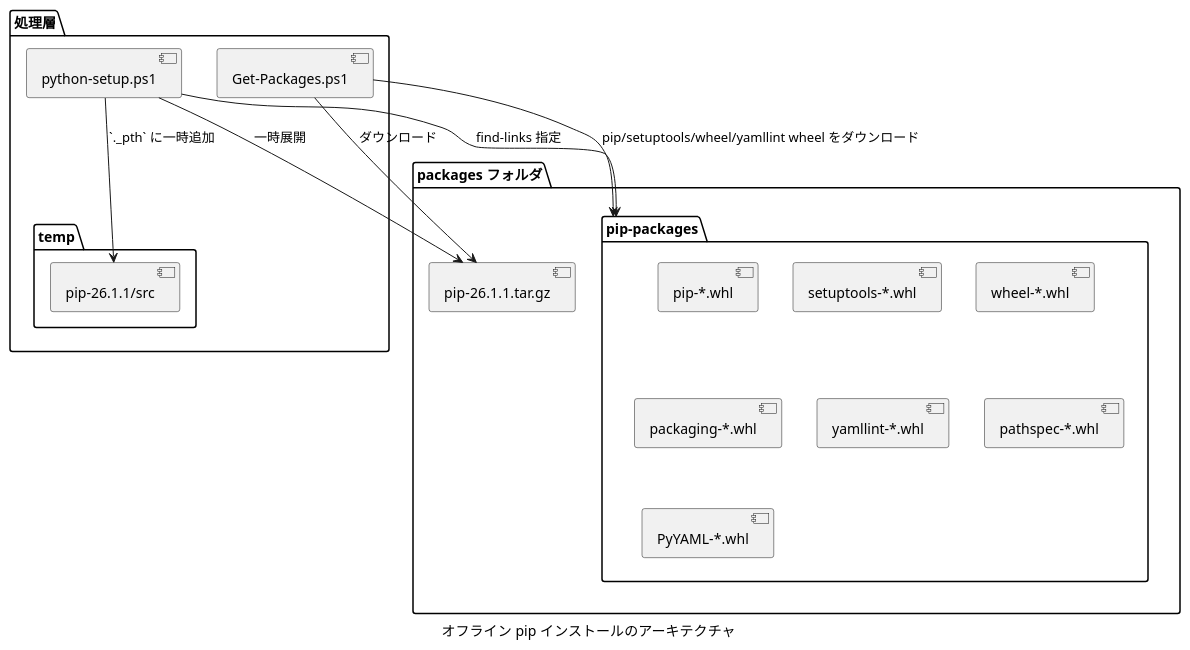
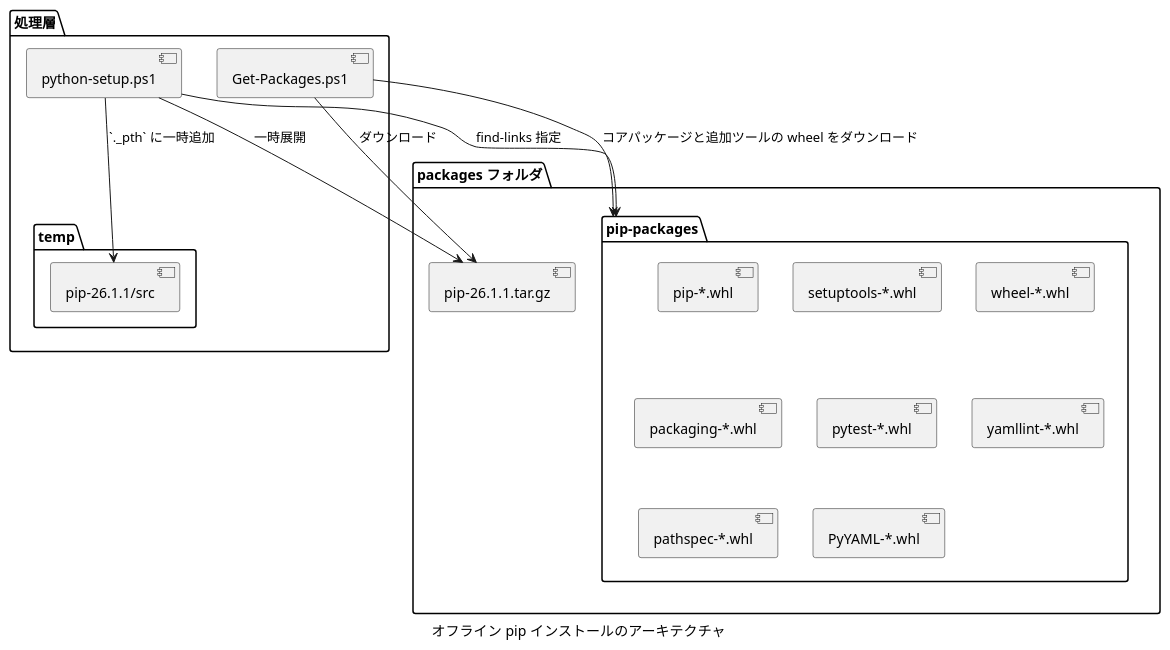
Before and after one commit to Hondarer/devbin-win: the first of 4 diagrams in docs/offline-pip-design.md, drawn with PlantUML. The commit also changed other lines of this file and 5 other files, not shown here.

````diff
--- a/docs/offline-pip-design.md
+++ b/docs/offline-pip-design.md
@@ -18,31 +18,32 @@
 ```plantuml
 @startuml オフライン pip インストールのアーキテクチャ
 caption オフライン pip インストールのアーキテクチャ
 package "packages フォルダ" {
   [pip-26.1.1.tar.gz]
   folder "pip-packages" {
     [pip-*.whl]
     [setuptools-*.whl]
     [wheel-*.whl]
     [packaging-*.whl]
+    [pytest-*.whl]
     [yamllint-*.whl]
     [pathspec-*.whl]
     [PyYAML-*.whl]
   }
 }
 
 package "処理層" {
   [Get-Packages.ps1] as getpkg
   [python-setup.ps1] as pysetup
   folder "temp" {
     [pip-26.1.1/src]
   }
 }
 
 getpkg --> [pip-26.1.1.tar.gz] : ダウンロード
-getpkg --> [pip-packages] : pip/setuptools/wheel/yamllint wheel をダウンロード
+getpkg --> [pip-packages] : コアパッケージと追加ツールの wheel をダウンロード
 pysetup --> [pip-26.1.1.tar.gz] : 一時展開
 pysetup --> [pip-26.1.1/src] : `._pth` に一時追加
 pysetup --> [pip-packages] : find-links 指定
 @enduml
 ```
````
